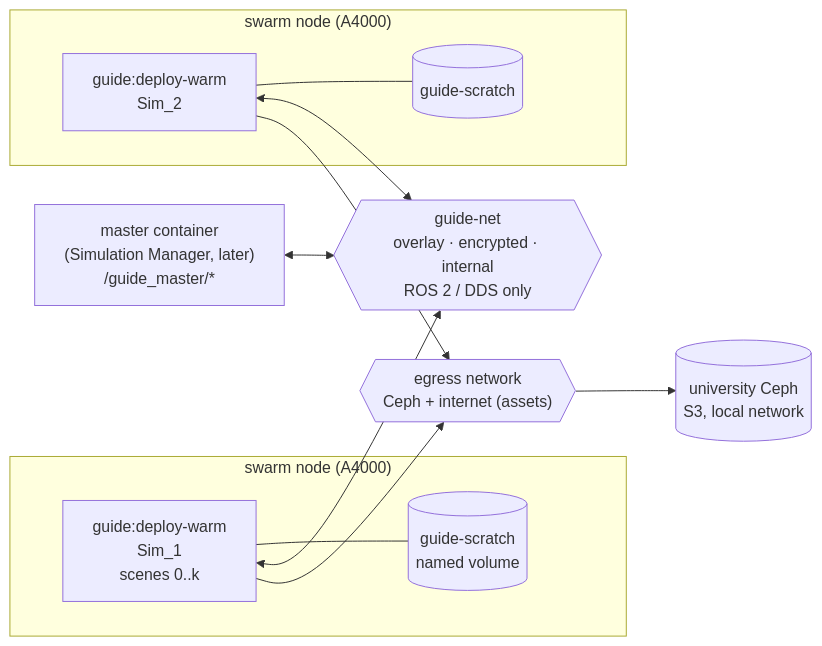
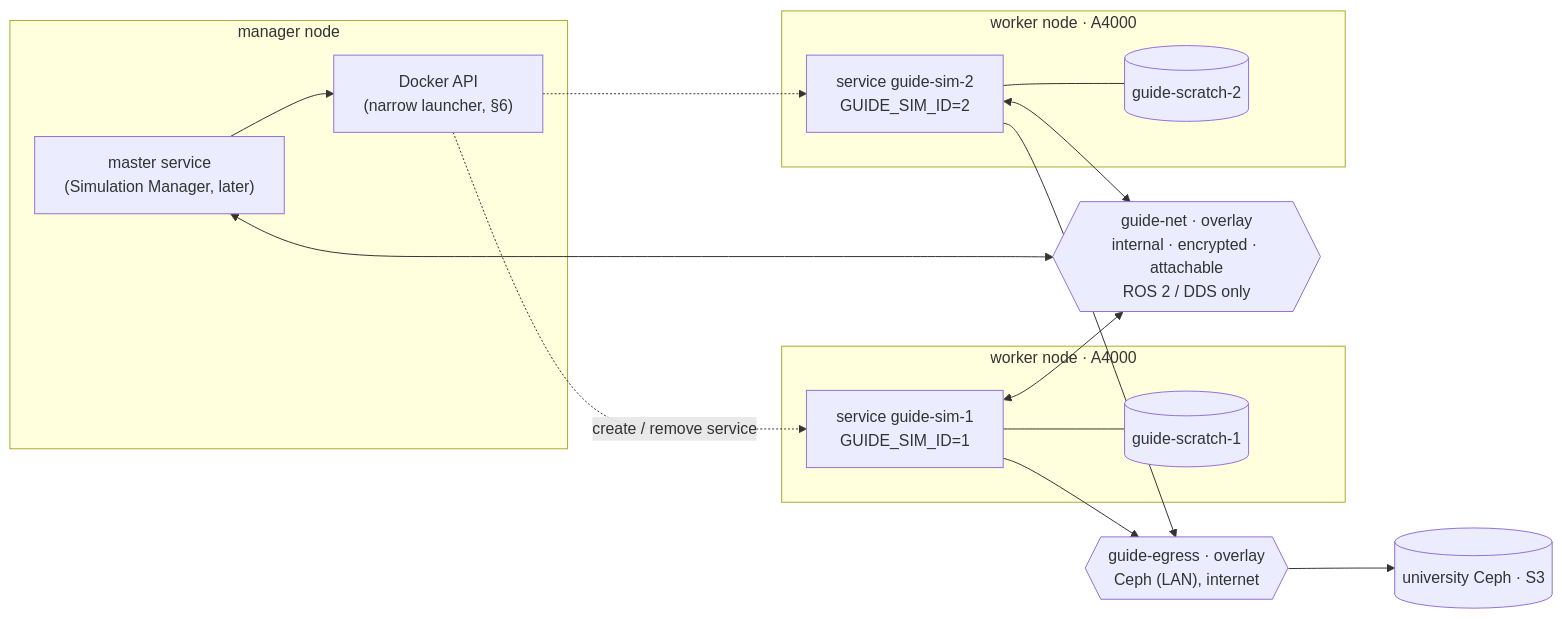
The first of 4 diagrams in docs/superpowers/specs/2026-10-09-guide-docker-design.md (ABC-iRobotics/guide), drawn with Mermaid before and after one commit. The commit also changed other lines of this file, not shown here.

Commit message:
docs: GUIDE Docker design v3 (master-launched sim services, /Sim_N/shutdown, keep policy, authorities record, GitHub Actions build)

````diff
--- a/docs/superpowers/specs/2026-10-09-guide-docker-design.md
+++ b/docs/superpowers/specs/2026-10-09-guide-docker-design.md
@@ -25,23 +32,29 @@
 ```mermaid
 flowchart LR
-  subgraph node1["swarm node (A4000)"]
-    sim1["guide:deploy-warm\nSim_1\nscenes 0..k"]
-    vol1[("guide-scratch\nnamed volume")]
-    sim1 --- vol1
+  subgraph mgr["manager node"]
+    master["master service\n(Simulation Manager, later)"]
+    launcher["Docker API\n(narrow launcher, §6)"]
+    master --> launcher
   end
-  subgraph node2["swarm node (A4000)"]
-    sim2["guide:deploy-warm\nSim_2"]
-    vol2[("guide-scratch")]
-    sim2 --- vol2
+  subgraph n1["worker node · A4000"]
+    s1["service guide-sim-1\nGUIDE_SIM_ID=1"]
+    v1[("guide-scratch-1")]
+    s1 --- v1
   end
-  master["master container\n(Simulation Manager, later)\n/guide_master/*"]
-  ceph[("university Ceph\nS3, local network")]
-  net{{"guide-net\noverlay · encrypted · internal\nROS 2 / DDS only"}}
-  egress{{"egress network\nCeph + internet (assets)"}}
+  subgraph n2["worker node · A4000"]
+    s2["service guide-sim-2\nGUIDE_SIM_ID=2"]
+    v2[("guide-scratch-2")]
+    s2 --- v2
+  end
+  net{{"guide-net · overlay\ninternal · encrypted · attachable\nROS 2 / DDS only"}}
+  egress{{"guide-egress · overlay\nCeph (LAN), internet"}}
+  ceph[("university Ceph · S3")]
+  launcher -. "create / remove service" .-> s1
+  launcher -.-> s2
   master <--> net
-  sim1 <--> net
-  sim2 <--> net
-  sim1 --> egress
-  sim2 --> egress
+  s1 <--> net
+  s2 <--> net
+  s1 --> egress
+  s2 --> egress
   egress --> ceph
 ```
````
